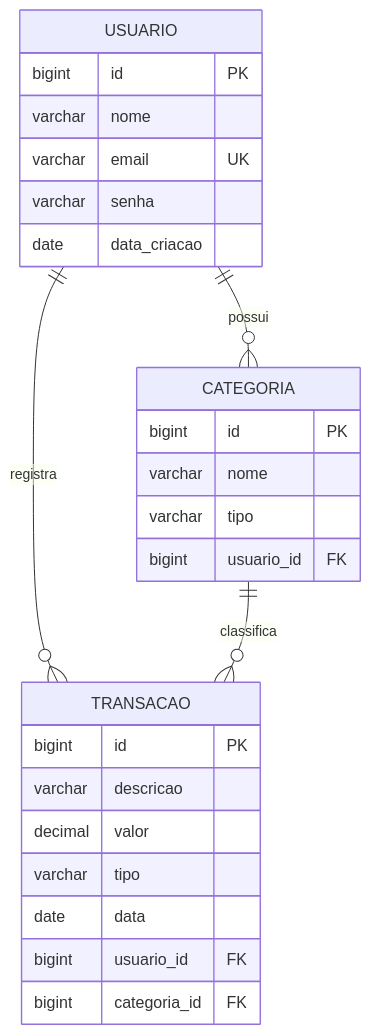
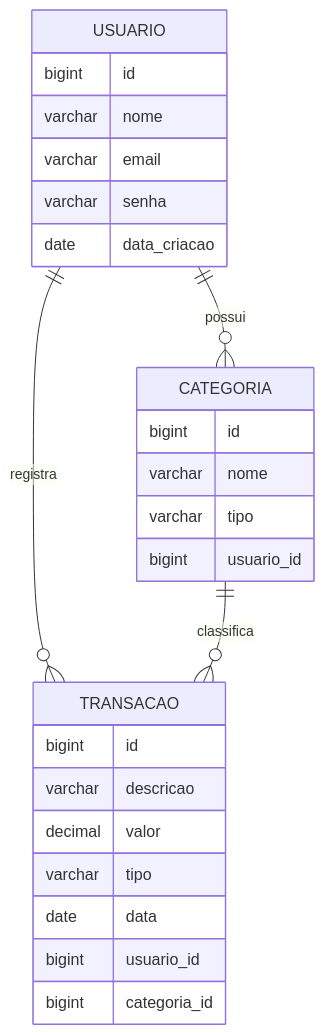
The second of 2 diagrams in README.md (RyanMiranda01/financas_on), drawn with Mermaid before and after one commit. The commit also changed other lines of this file, not shown here.

````diff
--- a/README.md
+++ b/README.md
@@ -51,31 +93,32 @@
 ```mermaid
 erDiagram
-    USUARIO ||--o{ CATEGORIA : possui
-    USUARIO ||--o{ TRANSACAO : registra
-    CATEGORIA ||--o{ TRANSACAO : classifica
 
-    USUARIO {
-        bigint id PK
-        varchar nome
-        varchar email UK
-        varchar senha
-        date data_criacao
-    }
+USUARIO ||--o{ CATEGORIA : possui
+USUARIO ||--o{ TRANSACAO : registra
+CATEGORIA ||--o{ TRANSACAO : classifica
 
-    CATEGORIA {
-        bigint id PK
-        varchar nome
-        varchar tipo
-        bigint usuario_id FK
-    }
+USUARIO{
+    bigint id
+    varchar nome
+    varchar email
+    varchar senha
+    date data_criacao
+}
 
-    TRANSACAO {
-        bigint id PK
-        varchar descricao
-        decimal valor
-        varchar tipo
-        date data
-        bigint usuario_id FK
-        bigint categoria_id FK
-    }
+CATEGORIA{
+    bigint id
+    varchar nome
+    varchar tipo
+    bigint usuario_id
+}
+
+TRANSACAO{
+    bigint id
+    varchar descricao
+    decimal valor
+    varchar tipo
+    date data
+    bigint usuario_id
+    bigint categoria_id
+}
 ```
````
